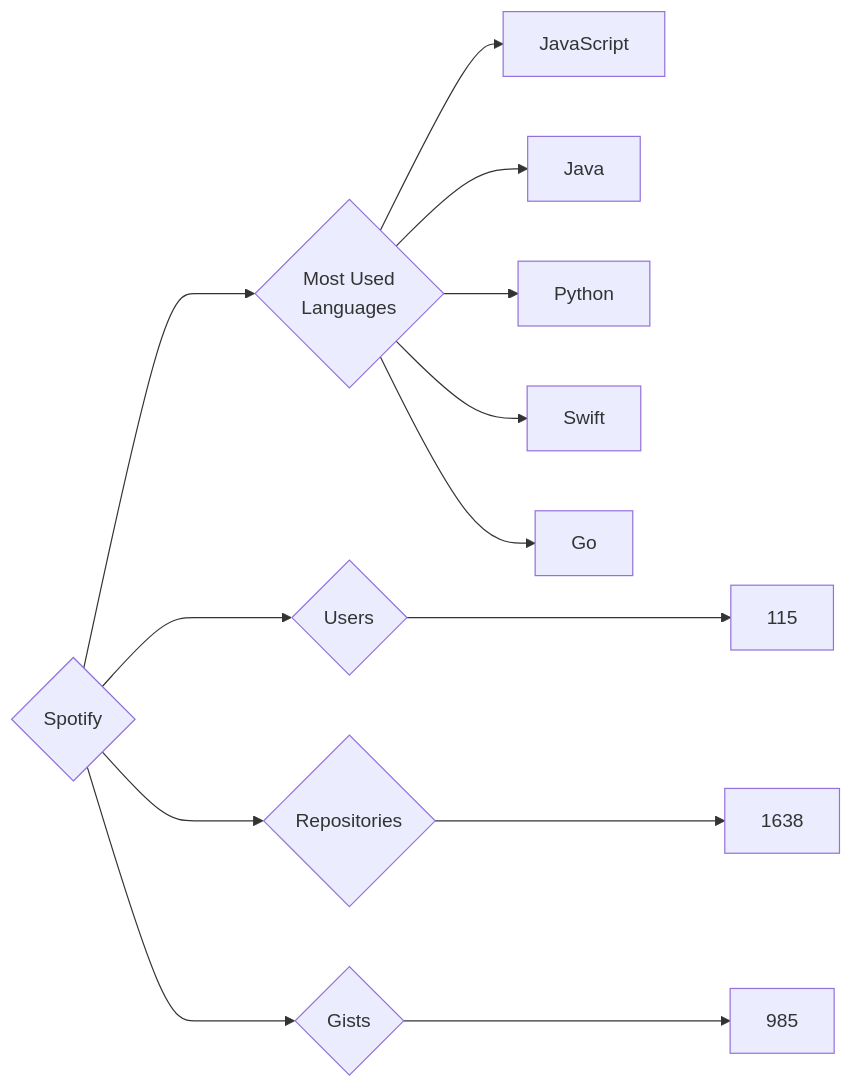
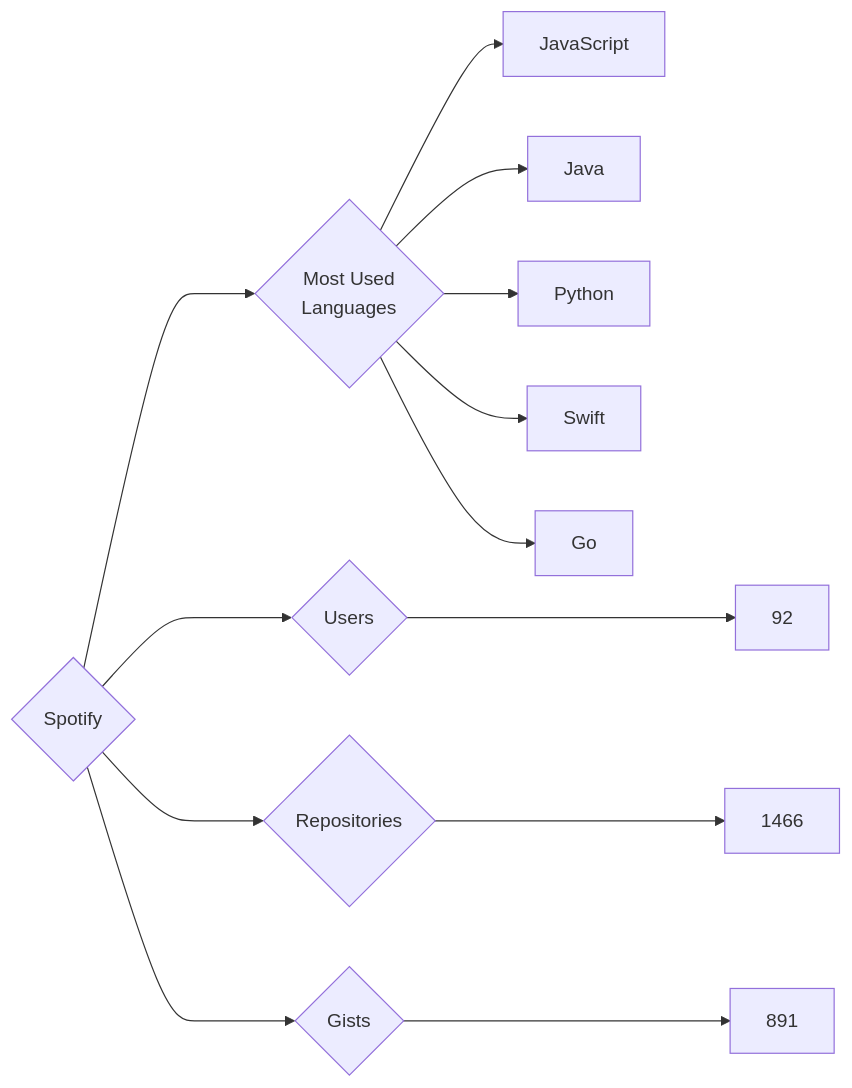
The diagram in targets/Spotify/README.md (trickest/insiders), drawn with Mermaid before and after one commit. The commit also changed 814 other files, not shown here.

````diff
--- a/targets/Spotify/README.md
+++ b/targets/Spotify/README.md
@@ -3,13 +3,13 @@
 ```mermaid
 graph LR
 COMPANY_NAME{Spotify}
-COMPANY_NAME ---> U{Users} ---> UN[115]
-COMPANY_NAME ---> R{Repositories} ---> RN[1638]
-COMPANY_NAME ---> G{Gists} ---> GN[985]
+COMPANY_NAME ---> U{Users} ---> UN[92]
+COMPANY_NAME ---> R{Repositories} ---> RN[1466]
+COMPANY_NAME ---> G{Gists} ---> GN[891]
 COMPANY_NAME ---> ML{Most Used<br>Languages}
 ML --> JavaScript[JavaScript]
 ML --> Java[Java]
 ML --> Python[Python]
 ML --> Swift[Swift]
 ML --> Go[Go]
 ```
````
